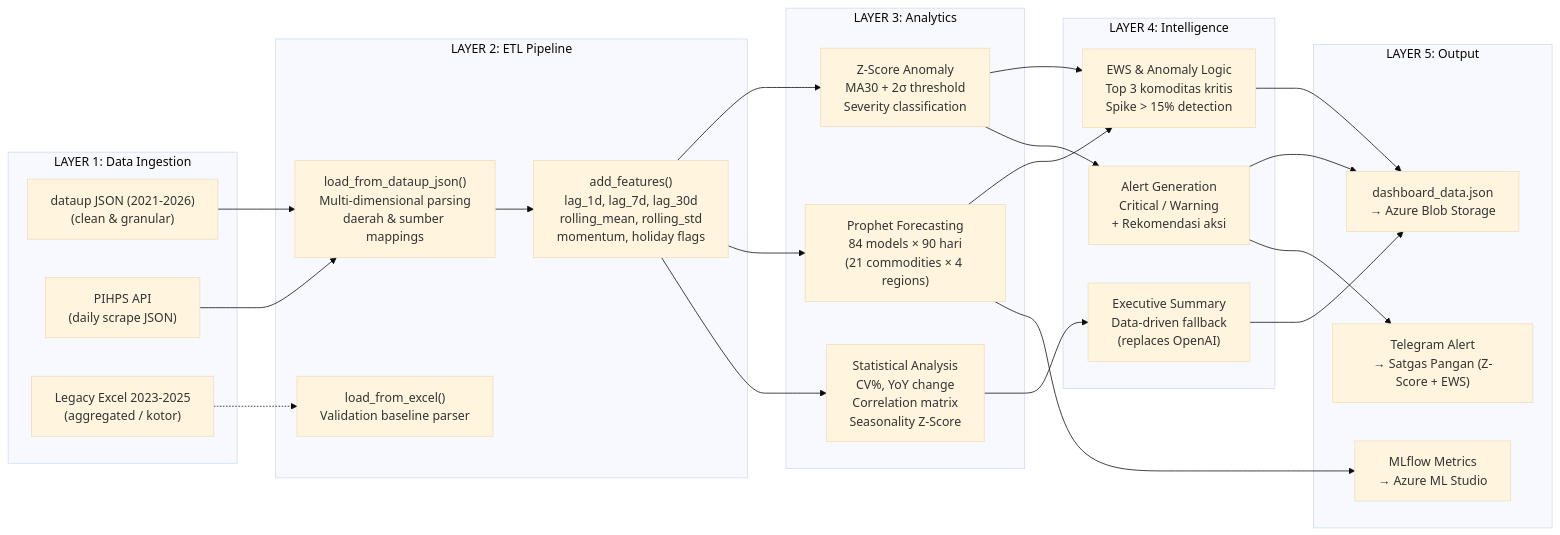
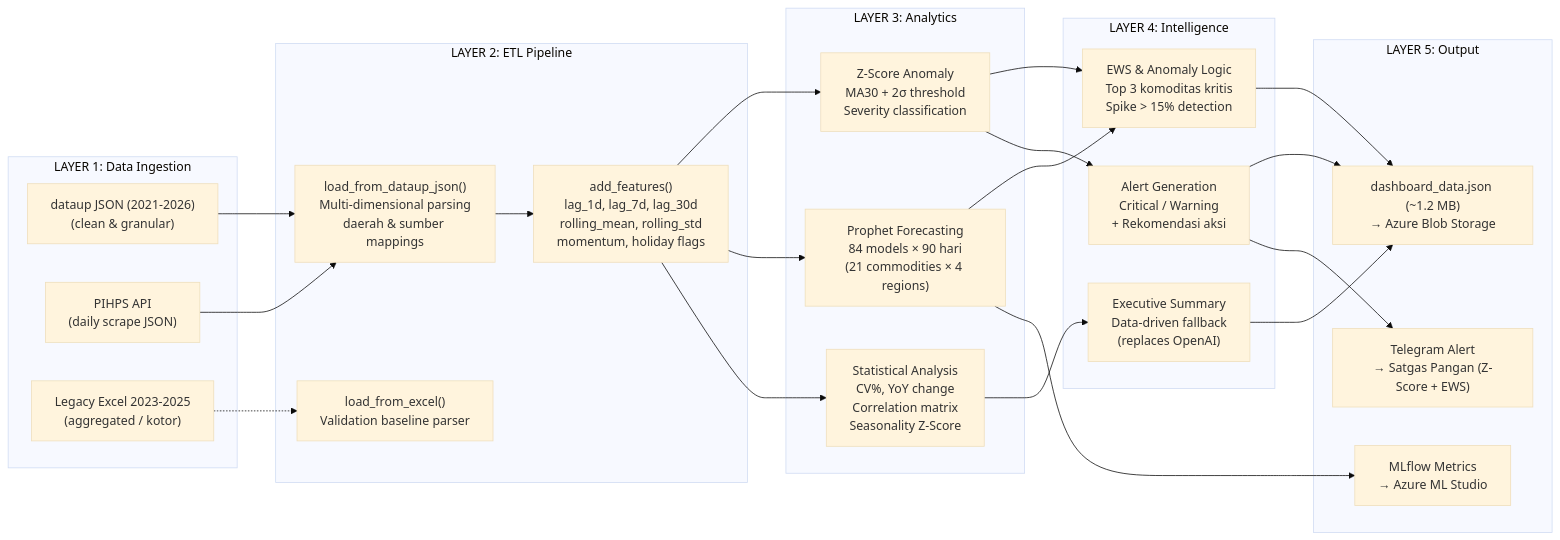
The second of 8 diagrams in docs/strategy/05_arm_workflow_dataflow.md (aceh-resilience-monitor/Aceh-Resilience-Monitor), drawn with Mermaid (base theme) before and after one commit. The commit also changed other lines of this file and 52 other files, not shown here.

````diff
--- a/docs/strategy/05_arm_workflow_dataflow.md
+++ b/docs/strategy/05_arm_workflow_dataflow.md
@@ -61,49 +61,49 @@
 ```mermaid
 flowchart LR
     subgraph "LAYER 1: Data Ingestion"
         A1["dataup JSON (2021-2026)\n(clean & granular)"]
         A2["PIHPS API\n(daily scrape JSON)"]
         A3_Legacy["Legacy Excel 2023-2025\n(aggregated / kotor)"]
     end
 
     subgraph "LAYER 2: ETL Pipeline"
         B1["load_from_dataup_json()\nMulti-dimensional parsing\ndaerah & sumber mappings"]
         B2["add_features()\nlag_1d, lag_7d, lag_30d\nrolling_mean, rolling_std\nmomentum, holiday flags"]
         B1_Legacy["load_from_excel()\nValidation baseline parser"]
     end
 
     subgraph "LAYER 3: Analytics"
         C1["Z-Score Anomaly\nMA30 + 2σ threshold\nSeverity classification"]
         C2["Prophet Forecasting\n84 models × 90 hari\n(21 commodities × 4 regions)"]
         C3["Statistical Analysis\nCV%, YoY change\nCorrelation matrix\nSeasonality Z-Score"]
     end
 
     subgraph "LAYER 4: Intelligence"
         D1["EWS & Anomaly Logic\nTop 3 komoditas kritis\nSpike > 15% detection"]
         D2["Alert Generation\nCritical / Warning\n+ Rekomendasi aksi"]
         D3["Executive Summary\nData-driven fallback\n(replaces OpenAI)"]
     end
 
     subgraph "LAYER 5: Output"
-        E1["dashboard_data.json\n→ Azure Blob Storage"]
+        E1["dashboard_data.json (~1.2 MB)\n→ Azure Blob Storage"]
         E2["MLflow Metrics\n→ Azure ML Studio"]
         E3["Telegram Alert\n→ Satgas Pangan (Z-Score + EWS)"]
     end
 
     A1 --> B1
     A2 --> B1
     A3_Legacy -.-> B1_Legacy
     B1 --> B2
     B2 --> C1
     B2 --> C2
     B2 --> C3
     C1 --> D1
     C2 --> D1
     C1 --> D2
     C3 --> D3
     D1 --> E1
     D2 --> E1
     D3 --> E1
     C2 --> E2
     D2 --> E3
 ```
````
